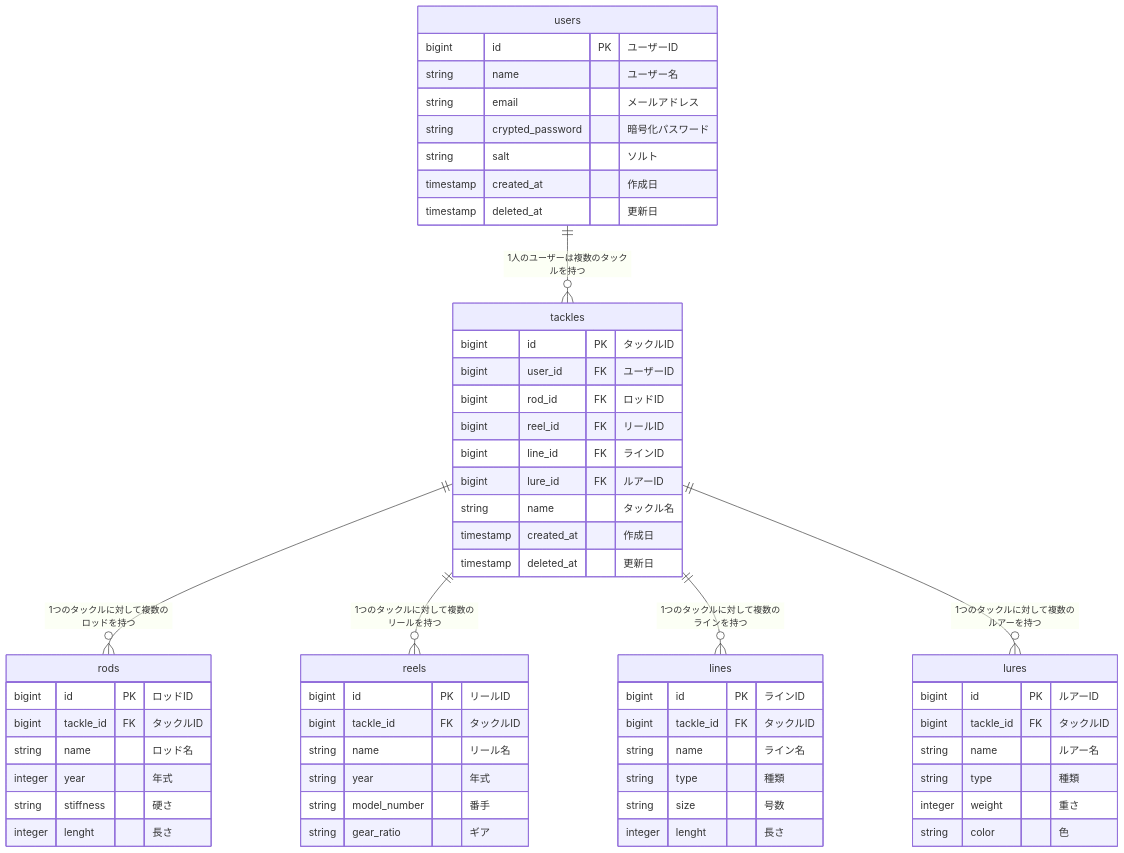
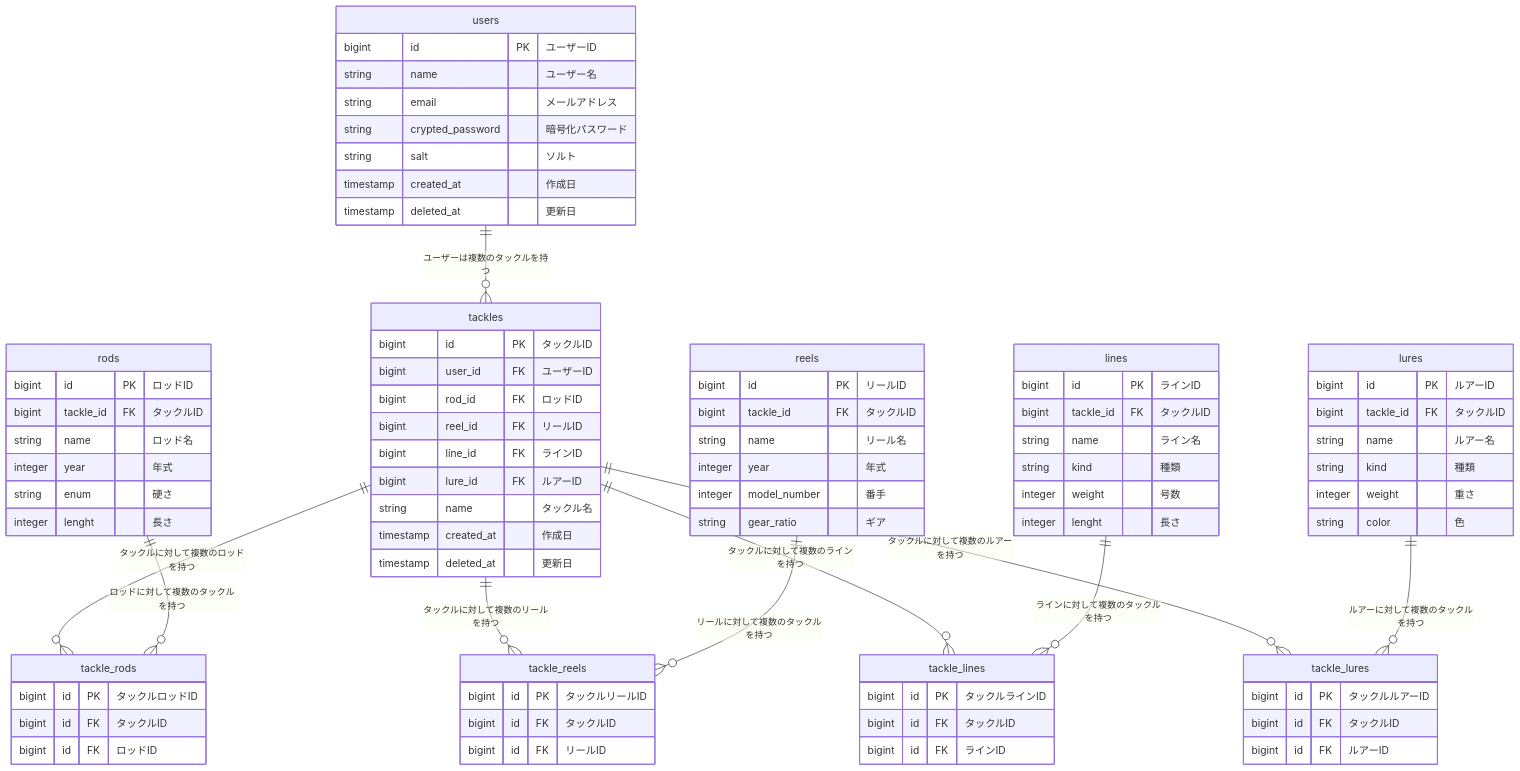
The diagram in README.md (rei-dev99/TackleMaster), drawn with Mermaid before and after one commit.

````diff
--- a/README.md
+++ b/README.md
@@ -110,10 +110,14 @@
 ```mermaid
 erDiagram
-  users ||--o{ tackles: "1人のユーザーは複数のタックルを持つ"
-  tackles ||--o{ rods: "1つのタックルに対して複数のロッドを持つ"
-  tackles ||--o{ reels: "1つのタックルに対して複数のリールを持つ"
-  tackles ||--o{ lines: "1つのタックルに対して複数のラインを持つ"
-  tackles ||--o{ lures: "1つのタックルに対して複数のルアーを持つ"
+  users ||--o{ tackles: "ユーザーは複数のタックルを持つ"
+  tackles ||--o{ tackle_rods: "タックルに対して複数のロッドを持つ"
+  rods ||--o{ tackle_rods: "ロッドに対して複数のタックルを持つ"
+  tackles ||--o{ tackle_reels: "タックルに対して複数のリールを持つ"
+  reels ||--o{ tackle_reels: "リールに対して複数のタックルを持つ"
+  tackles ||--o{ tackle_lines: "タックルに対して複数のラインを持つ"
+  lines ||--o{ tackle_lines: "ラインに対して複数のタックルを持つ"
+  tackles ||--o{ tackle_lures: "タックルに対して複数のルアーを持つ"
+  lures ||--o{ tackle_lures: "ルアーに対して複数のタックルを持つ"
 
   users {
     bigint id PK "ユーザーID"
@@ -142,34 +146,58 @@
     bigint tackle_id FK "タックルID"
     string name "ロッド名"
     integer year "年式"
-    string stiffness "硬さ"
+    string enum "硬さ"
     integer lenght "長さ"
+  }
+
+  tackle_rods {
+    bigint id PK "タックルロッドID"
+    bigint id FK "タックルID"
+    bigint id FK "ロッドID"
   }
 
   reels {
     bigint id PK "リールID"
     bigint tackle_id FK "タックルID"
     string name "リール名"
-    string year "年式"
-    string model_number "番手"
+    integer year "年式"
+    integer model_number "番手"
     string gear_ratio "ギア"
+  }
+
+  tackle_reels {
+    bigint id PK "タックルリールID"
+    bigint id FK "タックルID"
+    bigint id FK "リールID"
   }
 
   lines {
     bigint id PK "ラインID"
     bigint tackle_id FK "タックルID"
     string name "ライン名"
-    string type "種類"
-    string size "号数"
+    string kind "種類"
+    integer weight "号数"
     integer lenght "長さ"
+  }
+
+  tackle_lines {
+    bigint id PK "タックルラインID"
+    bigint id FK "タックルID"
+    bigint id FK "ラインID"
   }
 
   lures {
     bigint id PK "ルアーID"
     bigint tackle_id FK "タックルID"
     string name "ルアー名"
-    string type "種類"
+    string kind "種類"
     integer weight "重さ"
     string color "色"
   }
+
+  tackle_lures {
+    bigint id PK "タックルルアーID"
+    bigint id FK "タックルID"
+    bigint id FK "ルアーID"
+  }
 ```
````
